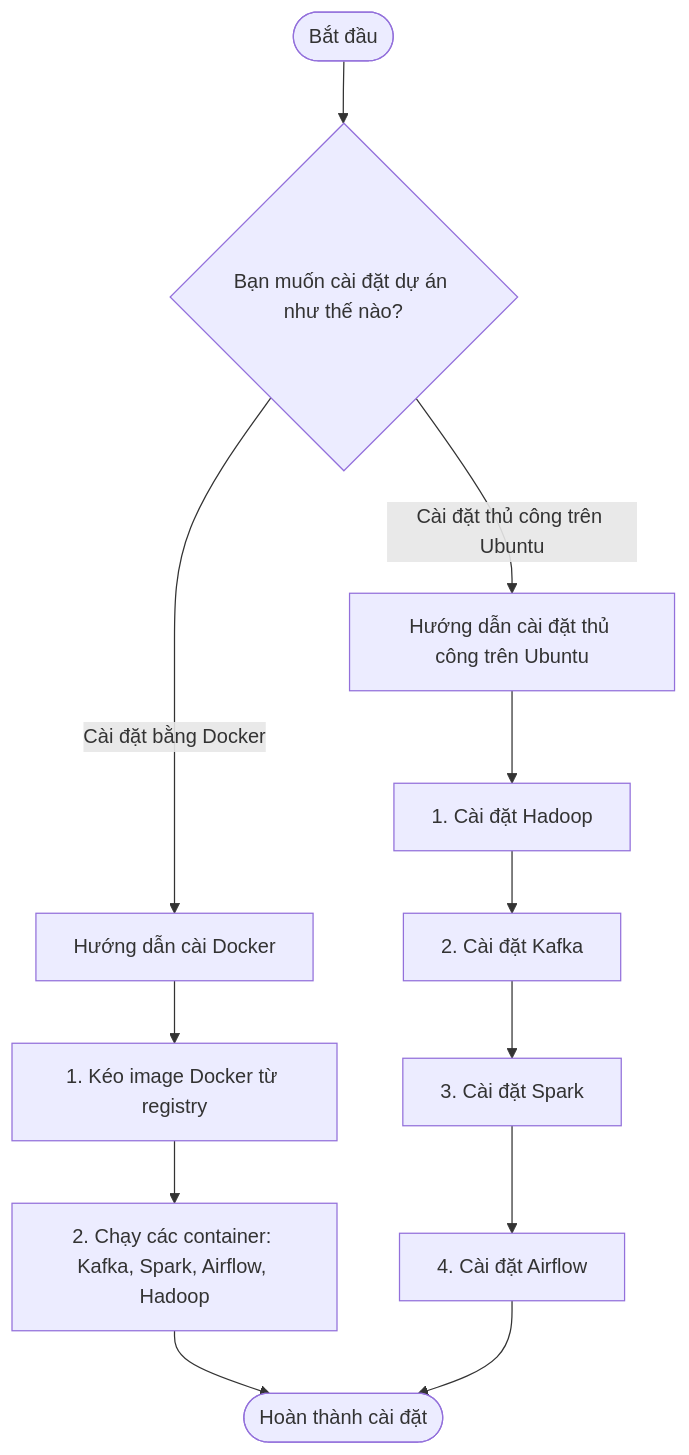
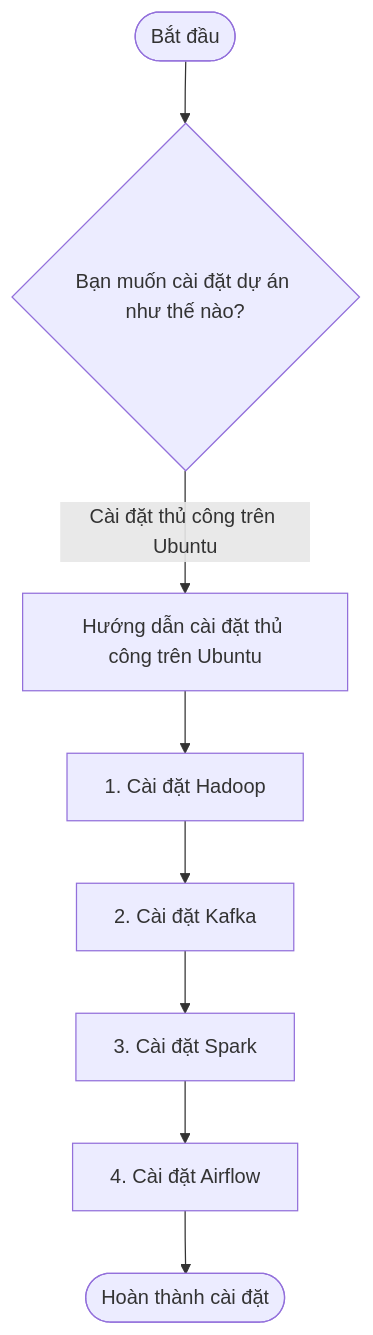
One commit to trgtanhh04/End-to-End-MovieDB-Data-Engineering changed the diagram in README.md. Above: the diagram before and after it, drawn with Mermaid. The commit also changed other lines of this file, not shown here.

````diff
--- a/README.md
+++ b/README.md
@@ -170,16 +170,10 @@
 ```mermaid
 flowchart TD
     Start([Bắt đầu]) --> InstallOption{Bạn muốn cài đặt dự án như thế nào?}
-    InstallOption -->|Cài đặt bằng Docker| Docker[Hướng dẫn cài Docker]
     InstallOption -->|Cài đặt thủ công trên Ubuntu| Manual[Hướng dẫn cài đặt thủ công trên Ubuntu]
-
-    Docker --> PullImage[1. Kéo image Docker từ registry]
-    PullImage --> RunContainer[2. Chạy các container: Kafka, Spark, Airflow, Hadoop]
-    RunContainer --> Finish([Hoàn thành cài đặt])
-
     Manual --> InstallHadoop[1. Cài đặt Hadoop]
     InstallHadoop --> InstallKafka[2. Cài đặt Kafka]
     InstallKafka --> InstallSpark[3. Cài đặt Spark]
     InstallSpark --> InstallAirflow[4. Cài đặt Airflow]
     InstallAirflow --> Finish([Hoàn thành cài đặt])
 ```
````
